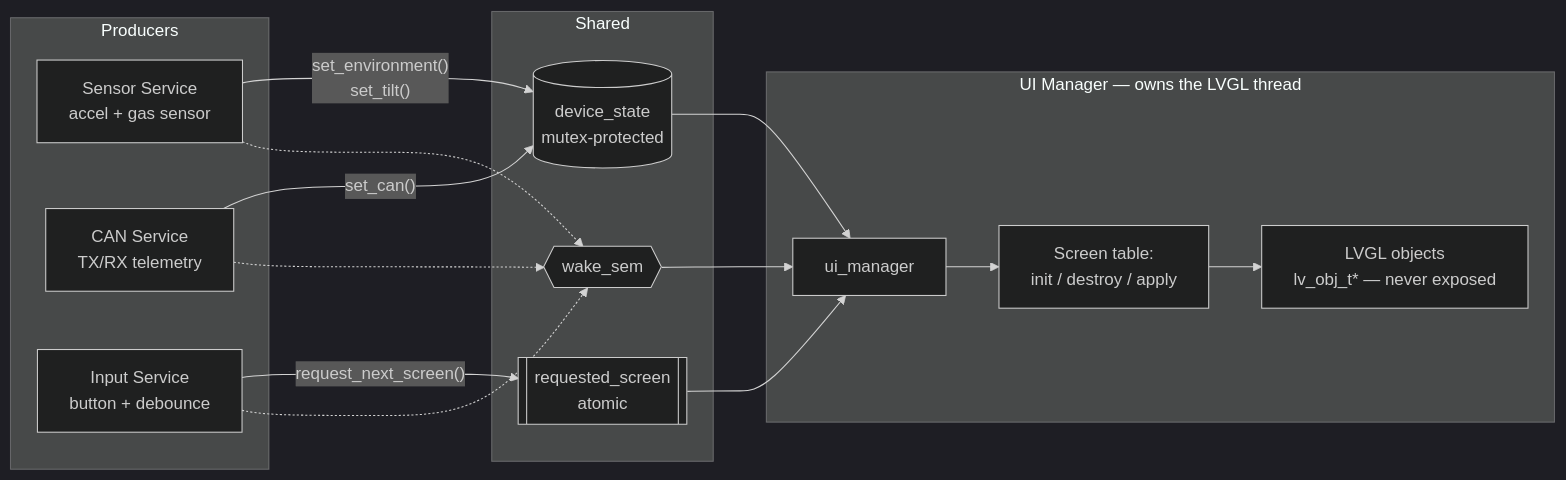
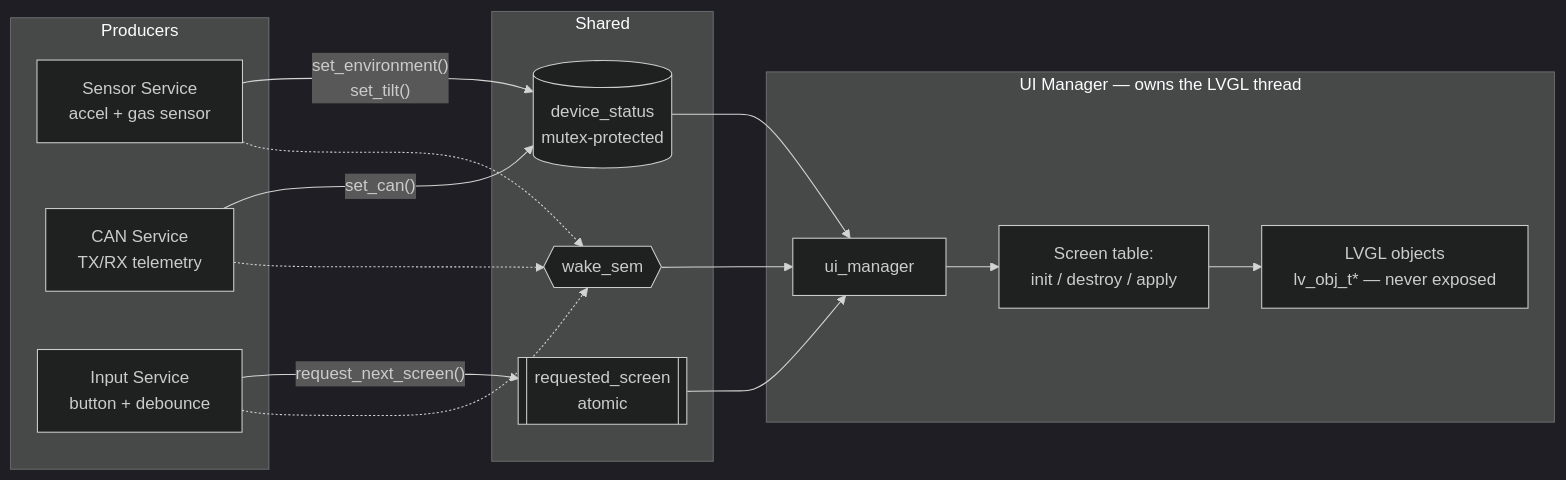
The diagram in ARCHITECTURE.md (carlassaraf/frdm-mcxn236-sensor-hub), drawn with Mermaid (dark theme) before and after one commit. The commit also changed other lines of this file and 4 other files, not shown here.

Commit message:
feat(status): add device_status component

````diff
--- a/ARCHITECTURE.md
+++ b/ARCHITECTURE.md
@@ -19,32 +19,32 @@
 ```mermaid
 flowchart LR
     subgraph Producers
         SENS[Sensor Service<br/>accel + gas sensor]
         CANS[CAN Service<br/>TX/RX telemetry]
         BTN[Input Service<br/>button + debounce]
     end
 
     subgraph Shared
-        STATE[(device_state<br/>mutex-protected)]
+        STATE[(device_status<br/>mutex-protected)]
         WAKE{{wake_sem}}
         REQSCR[[requested_screen<br/>atomic]]
     end
 
     subgraph UIOwner[UI Manager — owns the LVGL thread]
         MGR[ui_manager]
         TABLE[Screen table:<br/>init / destroy / apply]
         LVGL[LVGL objects<br/>lv_obj_t* — never exposed]
     end
 
     SENS -- "set_environment()<br/>set_tilt()" --> STATE
     CANS -- "set_can()" --> STATE
     BTN -- "request_next_screen()" --> REQSCR
     SENS -.-> WAKE
     CANS -.-> WAKE
     BTN -.-> WAKE
 
     STATE --> MGR
     REQSCR --> MGR
     WAKE --> MGR
     MGR --> TABLE --> LVGL
 ```
````
